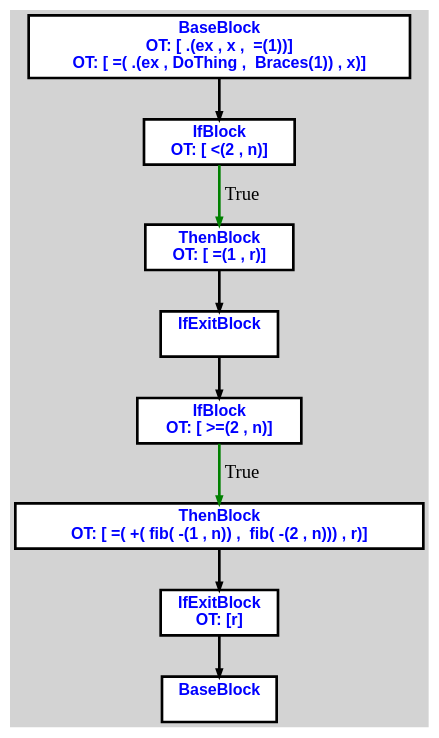
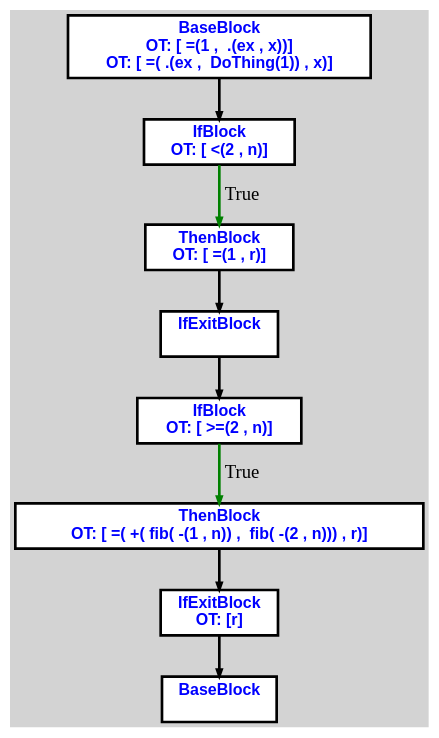
One commit to aveen007/CountingMonkeys changed the diagram in cpoCompilerWin/input2.txt.fib.dot. Above: the diagram before and after it, drawn with Graphviz. The commit also changed 19 other files, not shown here.

```diff
--- a/cpoCompilerWin/input2.txt.fib.dot
+++ b/cpoCompilerWin/input2.txt.fib.dot
@@ -1,29 +1,29 @@
 digraph G {
 ordering=out;
 ranksep=.4;
 bgcolor="lightgrey";  node [shape=box, fixedsize=false, fontsize=12, fontname="Helvetica-bold", fontcolor="blue"
 width=.25, height=.25, color="black", fillcolor="white", style="filled, solid, bold"];
 
-edge [arrowsize=.5, color="black", style="bold"]    n00001304F79234A0 [label="BaseBlock\n OT: [ .(ex , x ,  =(1))]
-OT: [ =( .(ex , DoThing ,  Braces(1)) , x)]
+edge [arrowsize=.5, color="black", style="bold"]    n0000119A7AF233E0 [label="BaseBlock\n OT: [ =(1 ,  .(ex , x))]
+OT: [ =( .(ex ,  DoThing(1)) , x)]
 "]
-    n00001304F79236E0 [label="IfBlock\n OT: [ <(2 , n)]
+    n0000119A7AF23620 [label="IfBlock\n OT: [ <(2 , n)]
 "]
-    n00001304F79234A0 -> n00001304F79236E0
-    n00001304F79236E0 -> n00001304F7923740 [label="True" color="green"]
-    n00001304F7923740 [label="ThenBlock\n OT: [ =(1 , r)]
+    n0000119A7AF233E0 -> n0000119A7AF23620
+    n0000119A7AF23620 -> n0000119A7AF23680 [label="True" color="green"]
+    n0000119A7AF23680 [label="ThenBlock\n OT: [ =(1 , r)]
 "]
-    n00001304F79237A0 [label="IfExitBlock\n "]
-    n00001304F7923740 -> n00001304F79237A0
-    n00001304F7923800 [label="IfBlock\n OT: [ >=(2 , n)]
+    n0000119A7AF236E0 [label="IfExitBlock\n "]
+    n0000119A7AF23680 -> n0000119A7AF236E0
+    n0000119A7AF23740 [label="IfBlock\n OT: [ >=(2 , n)]
 "]
-    n00001304F79237A0 -> n00001304F7923800
-    n00001304F7923800 -> n00001304F7923860 [label="True" color="green"]
-    n00001304F7923860 [label="ThenBlock\n OT: [ =( +( fib( -(1 , n)) ,  fib( -(2 , n))) , r)]
+    n0000119A7AF236E0 -> n0000119A7AF23740
+    n0000119A7AF23740 -> n0000119A7AF237A0 [label="True" color="green"]
+    n0000119A7AF237A0 [label="ThenBlock\n OT: [ =( +( fib( -(1 , n)) ,  fib( -(2 , n))) , r)]
 "]
-    n00001304F79238C0 [label="IfExitBlock\n OT: [r]
+    n0000119A7AF23800 [label="IfExitBlock\n OT: [r]
 "]
-    n00001304F7923860 -> n00001304F79238C0
-    n00001304F7923920 [label="BaseBlock\n "]
-    n00001304F79238C0 -> n00001304F7923920
+    n0000119A7AF237A0 -> n0000119A7AF23800
+    n0000119A7AF23860 [label="BaseBlock\n "]
+    n0000119A7AF23800 -> n0000119A7AF23860
 }
```
